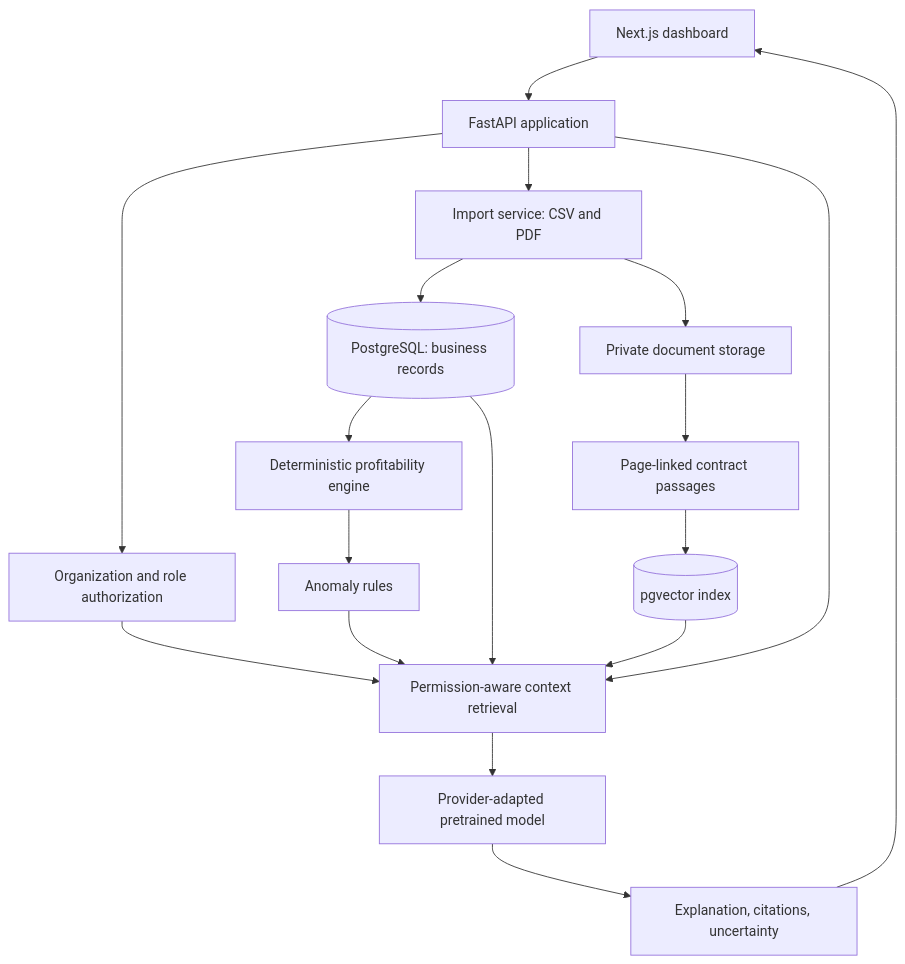
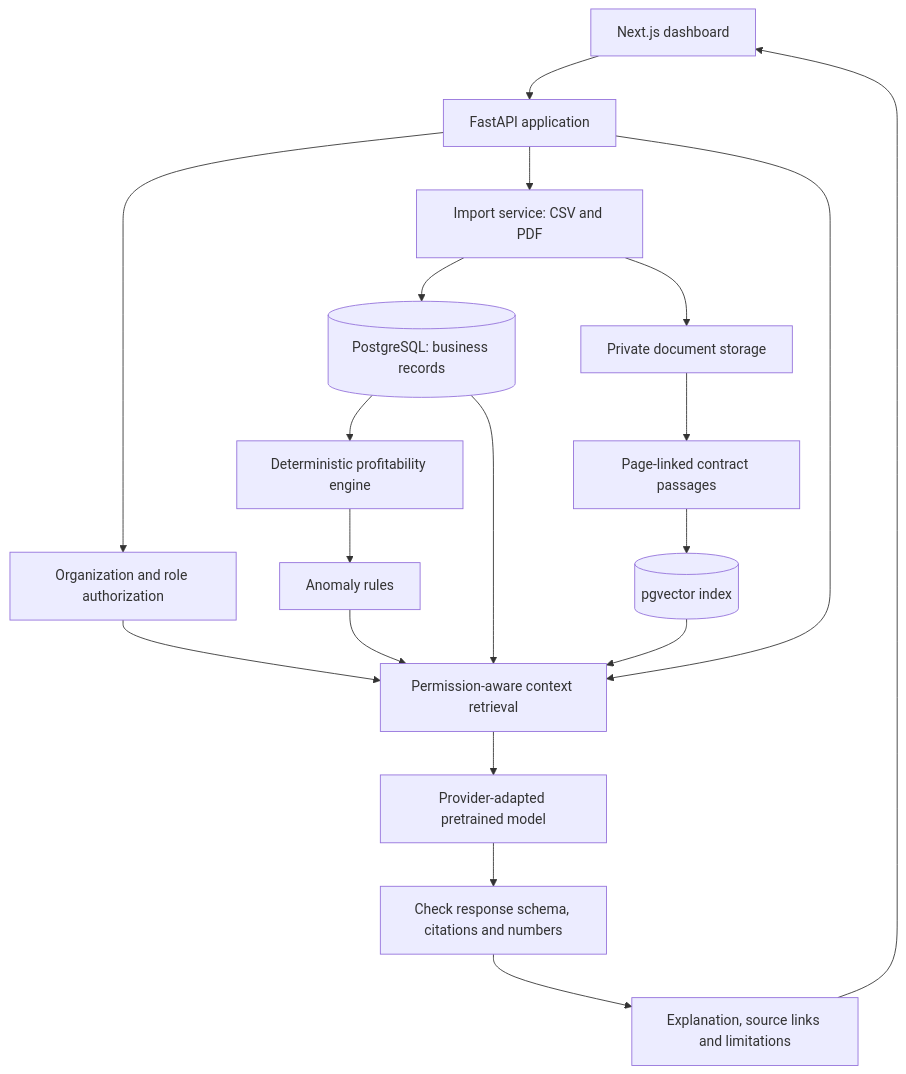
Before and after one commit to karankirtisharma/Profitlens: the diagram in docs/ARCHITECTURE.md, drawn with Mermaid. The commit also changed other lines of this file and 5 other files, not shown here.

````diff
--- a/docs/ARCHITECTURE.md
+++ b/docs/ARCHITECTURE.md
@@ -5,20 +7,21 @@
 ```mermaid
 flowchart TB
   UI[Next.js dashboard] --> API[FastAPI application]
   API --> AUTH[Organization and role authorization]
   API --> INGEST[Import service: CSV and PDF]
   INGEST --> DB[(PostgreSQL: business records)]
   INGEST --> STORE[Private document storage]
   STORE --> CHUNKS[Page-linked contract passages]
   CHUNKS --> VEC[(pgvector index)]
   DB --> CALC[Deterministic profitability engine]
   CALC --> RULES[Anomaly rules]
   API --> RETRIEVE[Permission-aware context retrieval]
   AUTH --> RETRIEVE
   DB --> RETRIEVE
   VEC --> RETRIEVE
   RULES --> RETRIEVE
   RETRIEVE --> LLM[Provider-adapted pretrained model]
-  LLM --> EVIDENCE[Explanation, citations, uncertainty]
+  LLM --> VERIFY[Check response schema, citations and numbers]
+  VERIFY --> EVIDENCE[Explanation, source links and limitations]
   EVIDENCE --> UI
 ```
````
